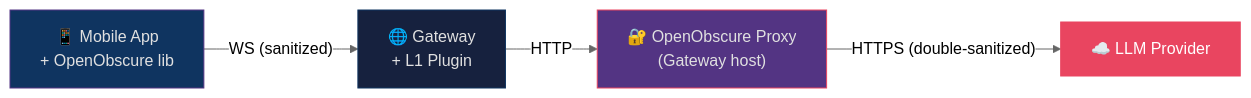
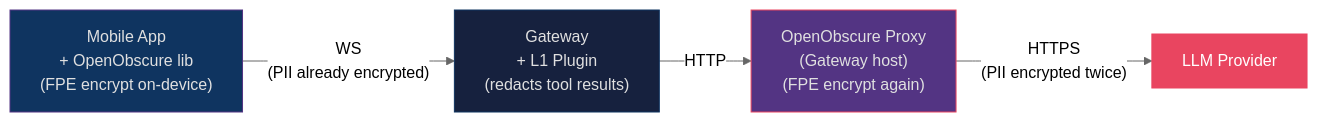
The third of 15 diagrams in ARCHITECTURE.md (OpenObscure/OpenObscure), drawn with Mermaid (neutral theme) before and after one commit. The commit also changed other lines of this file and 1 other file, not shown here.

First line of the commit message:
Fix 20 Mermaid diagrams: clarity, accuracy, consistency

````diff
--- a/ARCHITECTURE.md
+++ b/ARCHITECTURE.md
@@ -106,11 +114,11 @@
 ```mermaid
 flowchart LR
-    phone["📱 Mobile App\n+ OpenObscure lib"] -- "WS (sanitized)" --> gw["🌐 Gateway\n+ L1 Plugin"]
-    gw -- "HTTP" --> proxy["🔐 OpenObscure Proxy\n(Gateway host)"]
-    proxy -- "HTTPS (double-sanitized)" --> llm["☁️ LLM Provider"]
+    phone["Mobile App\n+ OpenObscure lib\n(FPE encrypt on-device)"] -- "WS\n(PII already encrypted)" --> gw["Gateway\n+ L1 Plugin\n(redacts tool results)"]
+    gw -- "HTTP" --> proxy["OpenObscure Proxy\n(Gateway host)\n(FPE encrypt again)"]
+    proxy -- "HTTPS\n(PII encrypted twice)" --> llm["LLM Provider"]
 
     style phone fill:#0f3460,stroke:#533483,color:#e0e0e0
     style gw fill:#16213e,stroke:#0f3460,color:#e0e0e0
     style proxy fill:#533483,stroke:#e94560,color:#e0e0e0
     style llm fill:#e94560,stroke:#e94560,color:#fff
 ```
````
